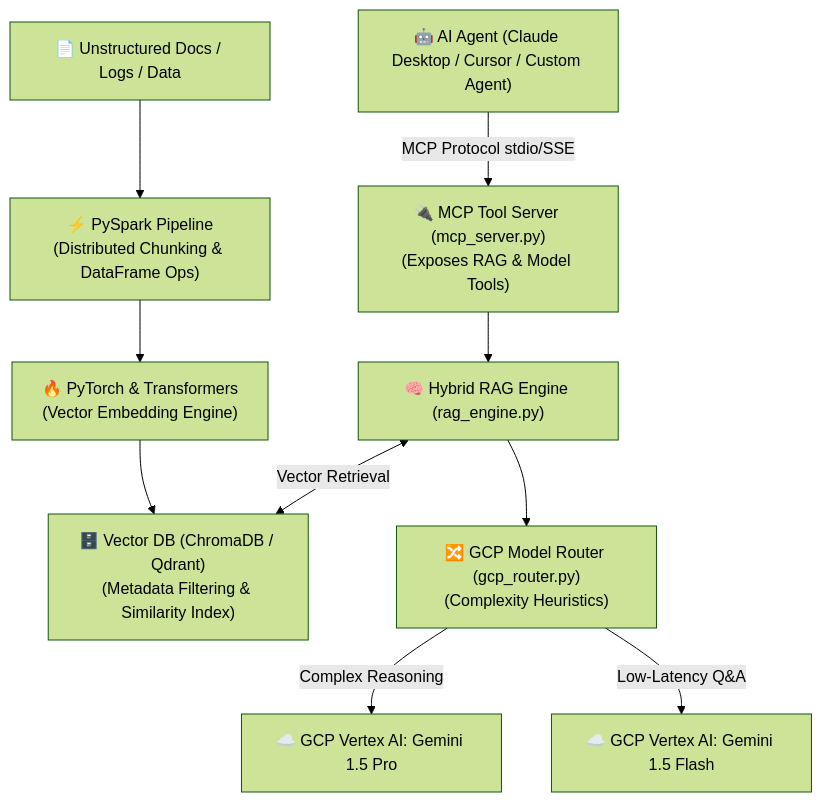
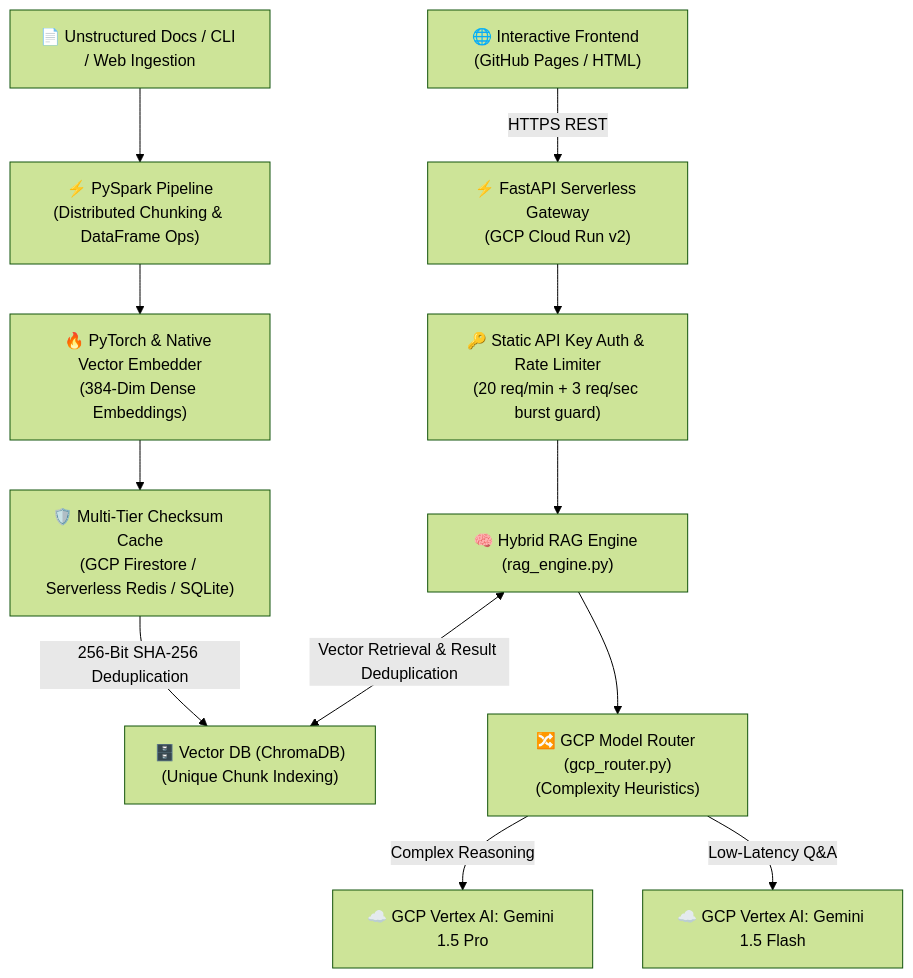
The diagram in README.md (rajachakraborti/rag-lakehouse), drawn with Mermaid (forest theme) before and after one commit. The commit also changed other lines of this file, not shown here.

Commit message:
docs: update README with architecture design decisions, multi-tier cache, and zero-hallucination guard

````diff
--- a/README.md
+++ b/README.md
@@ -10,14 +10,16 @@
 ```mermaid
 graph TD
-    Docs["📄 Unstructured Docs / Logs / Data"] --> Spark["⚡ PySpark Pipeline\n(Distributed Chunking & DataFrame Ops)"]
-    Spark --> PyTorch["🔥 PyTorch & Transformers\n(Vector Embedding Engine)"]
-    PyTorch --> VectorDB["🗄️ Vector DB (ChromaDB / Qdrant)\n(Metadata Filtering & Similarity Index)"]
+    Docs["📄 Unstructured Docs / CLI / Web Ingestion"] --> Spark["⚡ PySpark Pipeline\n(Distributed Chunking & DataFrame Ops)"]
+    Spark --> PyTorch["🔥 PyTorch & Native Vector Embedder\n(384-Dim Dense Embeddings)"]
+    PyTorch --> Cache["🛡️ Multi-Tier Checksum Cache\n(GCP Firestore / Serverless Redis / SQLite)"]
+    Cache -->|256-Bit SHA-256 Deduplication| VectorDB["🗄️ Vector DB (ChromaDB)\n(Unique Chunk Indexing)"]
 
-    Agent["🤖 AI Agent (Claude Desktop / Cursor / Custom Agent)"] -->|MCP Protocol stdio/SSE| MCPServer["🔌 MCP Tool Server (mcp_server.py)\n(Exposes RAG & Model Tools)"]
-    MCPServer --> Engine["🧠 Hybrid RAG Engine (rag_engine.py)"]
-    Engine <-->|Vector Retrieval| VectorDB
+    WebUI["🌐 Interactive Frontend (GitHub Pages / HTML)"] -->|HTTPS REST| FastAPI["⚡ FastAPI Serverless Gateway\n(GCP Cloud Run v2)"]
+    FastAPI --> Auth["🔑 Static API Key Auth & Rate Limiter\n(20 req/min + 3 req/sec burst guard)"]
+    Auth --> Engine["🧠 Hybrid RAG Engine (rag_engine.py)"]
+    Engine <-->|Vector Retrieval & Result Deduplication| VectorDB
     Engine --> Router["🔀 GCP Model Router (gcp_router.py)\n(Complexity Heuristics)"]
 
     Router -->|Complex Reasoning| Pro["☁️ GCP Vertex AI: Gemini 1.5 Pro"]
     Router -->|Low-Latency Q&A| Flash["☁️ GCP Vertex AI: Gemini 1.5 Flash"]
 ```
````
